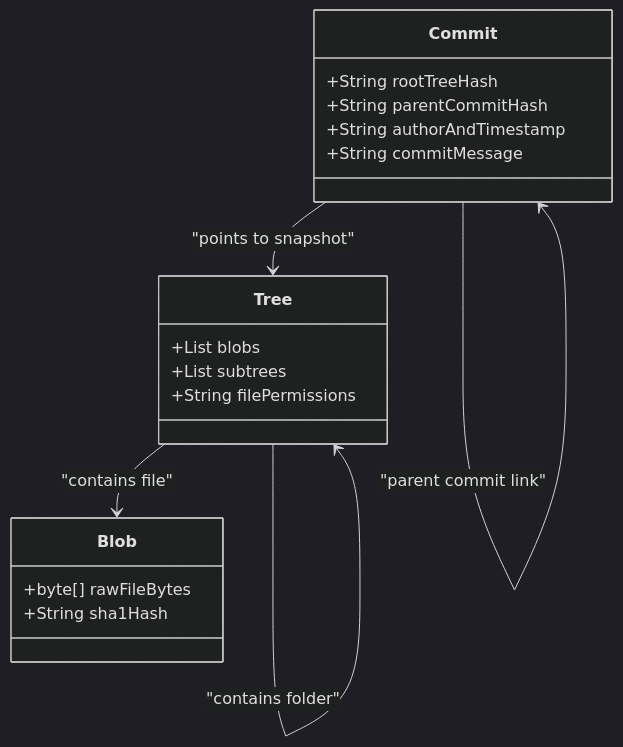
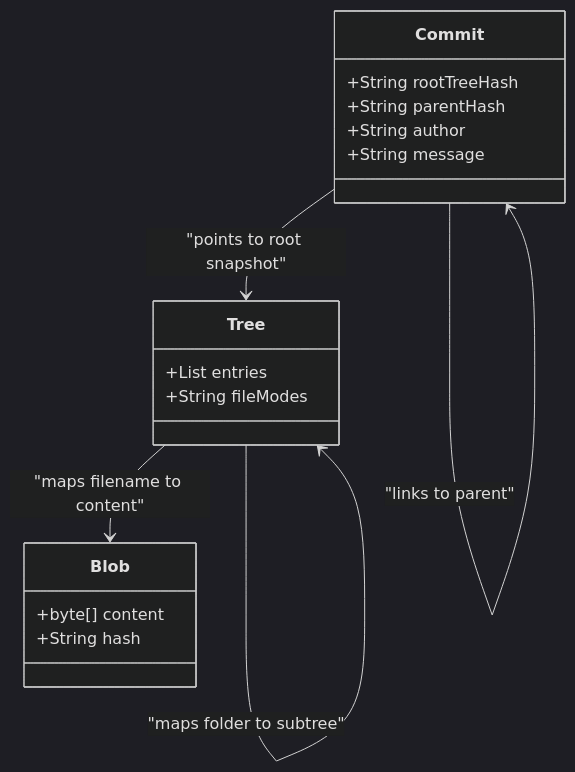
The third of 5 diagrams in content/roadmap/level-0/git-version-control.md (ravishankar2463/java_hub), drawn with Mermaid (dark theme) before and after one commit. The commit also changed other lines of this file and 119 other files, not shown here.

Commit message:
feat: add comprehensive java learning roadmap content across multiple levels

````diff
--- a/content/roadmap/level-0/git-version-control.md
+++ b/content/roadmap/level-0/git-version-control.md
@@ -81,23 +166,22 @@
 ```mermaid
 classDiagram
     class Blob {
-        +byte[] rawFileBytes
-        +String sha1Hash
+        +byte[] content
+        +String hash
     }
     class Tree {
-        +List blobs
-        +List subtrees
-        +String filePermissions
+        +List entries
+        +String fileModes
     }
     class Commit {
         +String rootTreeHash
-        +String parentCommitHash
-        +String authorAndTimestamp
-        +String commitMessage
+        +String parentHash
+        +String author
+        +String message
     }
-    
-    Commit --> Tree : "points to snapshot"
-    Tree --> Blob : "contains file"
-    Tree --> Tree : "contains folder"
-    Commit --> Commit : "parent commit link"
+
+    Commit --> Tree : "points to root snapshot"
+    Tree --> Blob : "maps filename to content"
+    Tree --> Tree : "maps folder to subtree"
+    Commit --> Commit : "links to parent"
 ```
````
